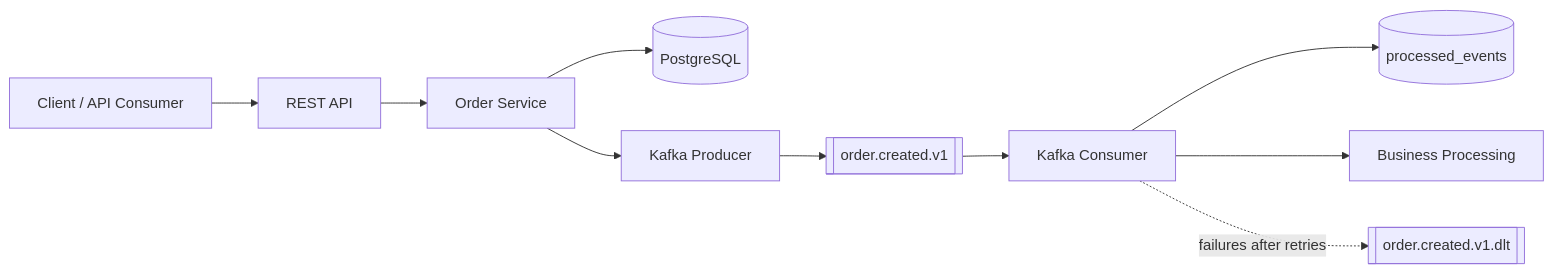
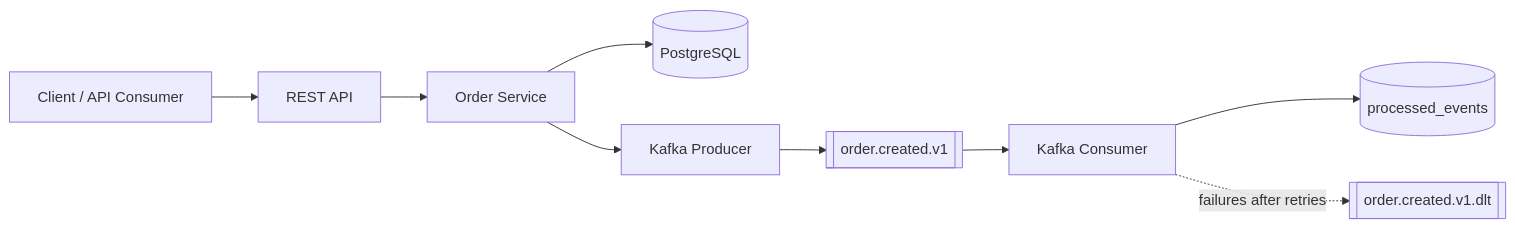
The diagram in README.md (DanieleMasone/order-events-service), drawn with Mermaid before and after one commit. The commit also changed other lines of this file and 20 other files, not shown here.

````diff
--- a/README.md
+++ b/README.md
@@ -31,12 +31,11 @@
 ```mermaid
 flowchart LR
     Client[Client / API Consumer] --> Api[REST API]
     Api --> Service[Order Service]
     Service --> Db[(PostgreSQL)]
     Service --> Producer[Kafka Producer]
     Producer --> Topic[[order.created.v1]]
     Topic --> Consumer[Kafka Consumer]
     Consumer --> Idempotency[(processed_events)]
-    Consumer --> Processing[Business Processing]
     Consumer -. failures after retries .-> Dlt[[order.created.v1.dlt]]
 ```
````
